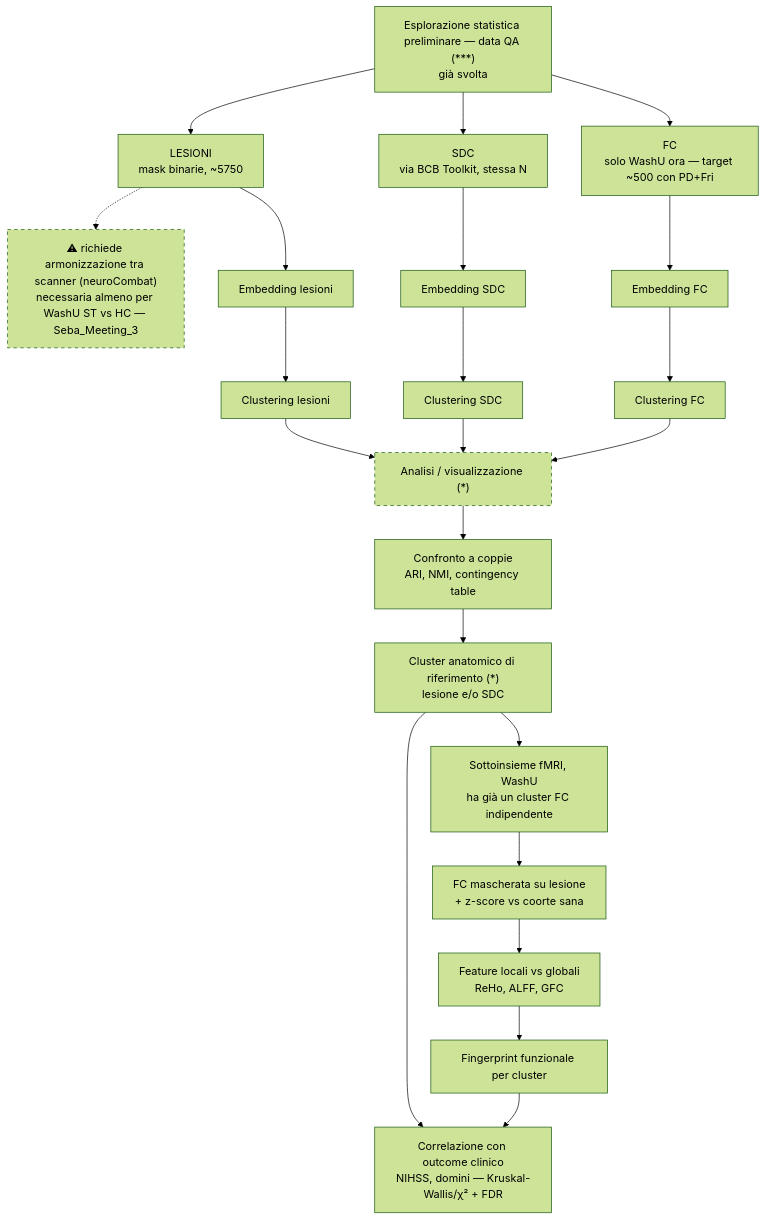
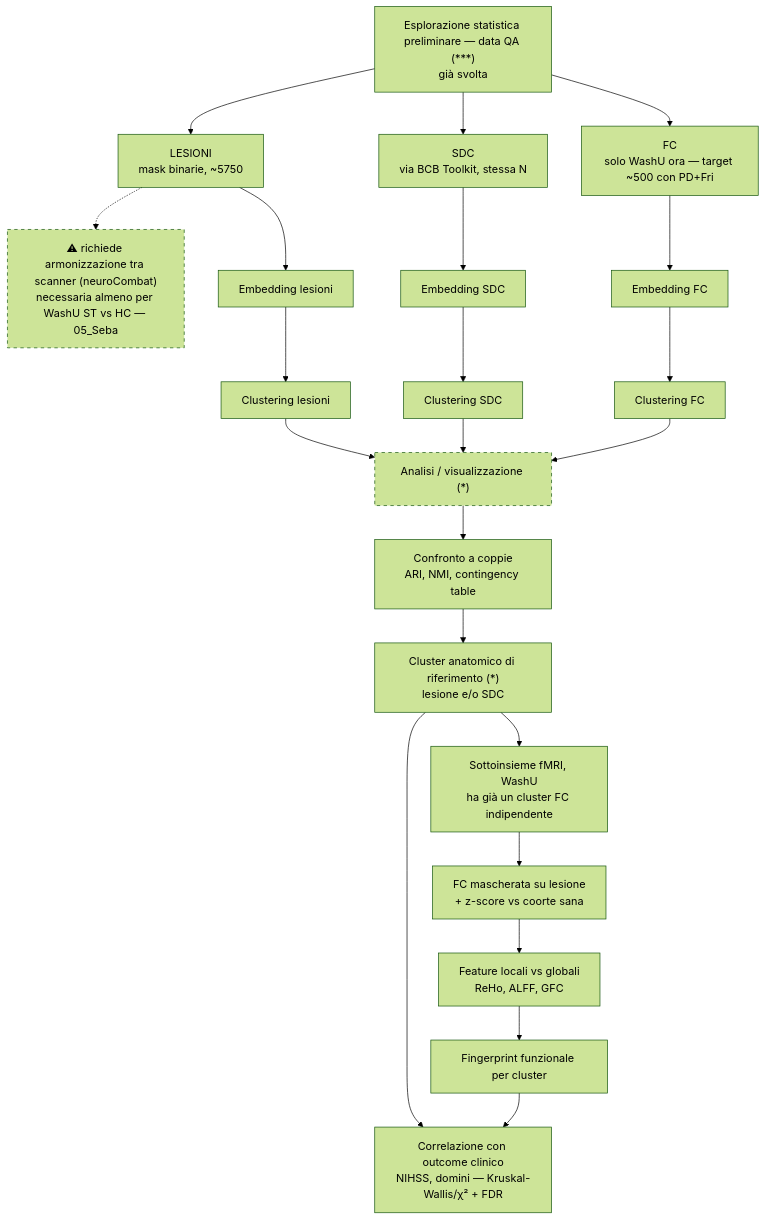
The diagram in management/notes/proposal.md (EmmaTosato/NEMESIS_fs), drawn with Mermaid (forest theme) before and after one commit. The commit also changed other lines of this file and 8 other files, not shown here.

````diff
--- a/management/notes/proposal.md
+++ b/management/notes/proposal.md
@@ -37,33 +37,33 @@
 ```mermaid
 flowchart TD
     Q["Esplorazione statistica preliminare — data QA (***)<br/>già svolta"]
 
     Q --> L["LESIONI<br/>mask binarie, ~5750"]
     Q --> S["SDC<br/>via BCB Toolkit, stessa N"]
     Q --> F["FC<br/>solo WashU ora — target ~500 con PD+Fri"]
 
-    L -.-> NC["⚠ richiede armonizzazione tra scanner (neuroCombat)<br/>necessaria almeno per WashU ST vs HC — Seba_Meeting_3"]
+    L -.-> NC["⚠ richiede armonizzazione tra scanner (neuroCombat)<br/>necessaria almeno per WashU ST vs HC — 05_Seba"]
 
     L --> L1["Embedding lesioni"] --> L2["Clustering lesioni"]
     S --> S1["Embedding SDC"] --> S2["Clustering SDC"]
     F --> F1["Embedding FC"] --> F2["Clustering FC"]
 
     L2 --> AnalisiViz["Analisi / visualizzazione (*)"]
     S2 --> AnalisiViz
     F2 --> AnalisiViz
 
     AnalisiViz --> C["Confronto a coppie<br/>ARI, NMI, contingency table"]
 
     C --> R["Cluster anatomico di riferimento (*)<br/>lesione e/o SDC"]
 
     R --> Sub["Sottoinsieme fMRI, WashU<br/>ha già un cluster FC indipendente"]
     Sub --> M["FC mascherata su lesione<br/>+ z-score vs coorte sana"]
     M --> Feat["Feature locali vs globali<br/>ReHo, ALFF, GFC"]
     Feat --> FP["Fingerprint funzionale per cluster"]
 
     R --> Out["Correlazione con outcome clinico<br/>NIHSS, domini — Kruskal-Wallis/χ² + FDR"]
     FP --> Out
 
     style NC stroke-dasharray: 5 5
     style AnalisiViz stroke-dasharray: 5 5
 ```
````
